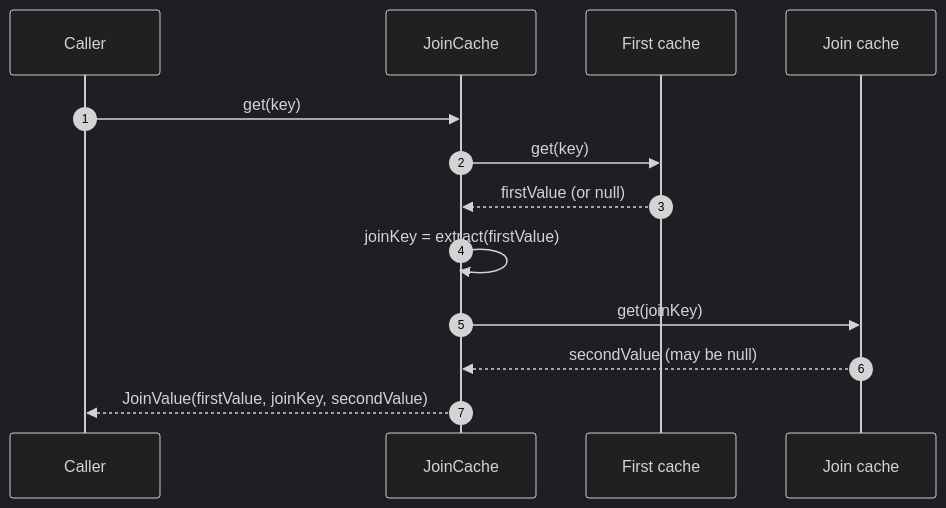
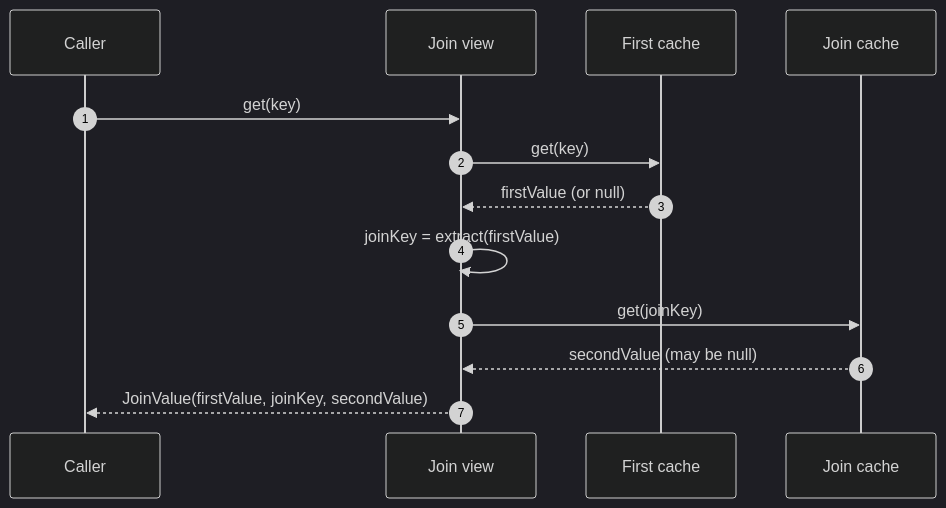
Before and after one commit to Ahoo-Wang/CoCache: the diagram in wiki/guide/join-cache.md, drawn with Mermaid (dark theme). The commit also changed other lines of this file and 240 other files, not shown here.

````diff
--- a/wiki/guide/join-cache.md
+++ b/wiki/guide/join-cache.md
@@ -10,15 +10,15 @@
 ```mermaid
 sequenceDiagram
     autonumber
     participant C as Caller
-    participant J as JoinCache
+    participant J as Join view
     participant F as First cache
     participant S as Join cache
     C->>J: get(key)
     J->>F: get(key)
     F-->>J: firstValue (or null)
     J->>J: joinKey = extract(firstValue)
     J->>S: get(joinKey)
     S-->>J: secondValue (may be null)
     J-->>C: JoinValue(firstValue, joinKey, secondValue)
 ```
````
